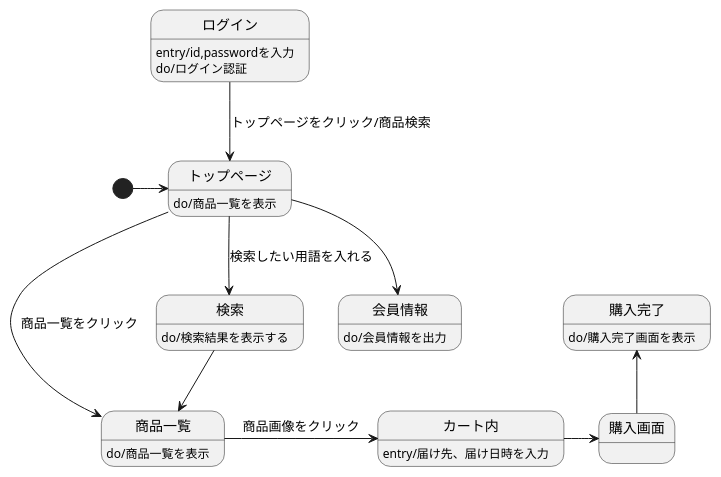
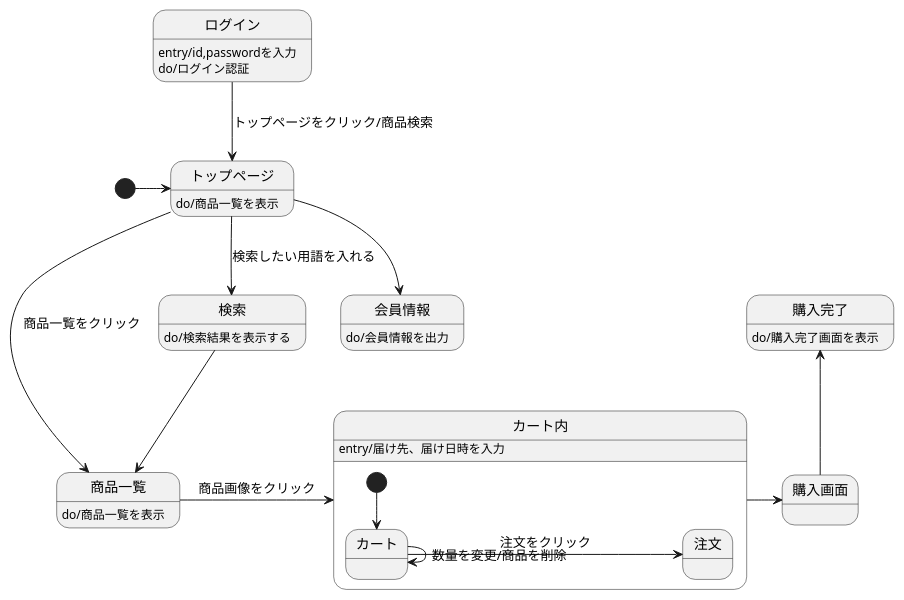
Before and after one commit to Aso2001224/2021sys-design: the diagram in 画面遷移図(original).md, drawn with PlantUML.

````diff
--- a/画面遷移図(original).md
+++ b/画面遷移図(original).md
@@ -1,21 +1,26 @@
 ```uml
 @startuml
 [*]->トップページ
 トップページ:do/商品一覧を表示
 ログイン-->トップページ:トップページをクリック/商品検索
 ログイン:entry/id,passwordを入力
 ログイン:do/ログイン認証
 トップページ-->会員情報
 会員情報:do/会員情報を出力
 トップページ-->検索 :検索したい用語を入れる
 検索:do/検索結果を表示する
 トップページ-->商品一覧 :商品一覧をクリック
 検索-->商品一覧
 商品一覧:do/商品一覧を表示
 商品一覧-right->カート内: 商品画像をクリック
 カート内-right-> 購入画面
 カート内:entry/届け先、届け日時を入力
 購入画面-up->購入完了
 購入完了:do/購入完了画面を表示
+
+state カート内{
+[*]--> カート
+カート-> 注文: 注文をクリック
+カート->カート: 数量を変更/商品を削除
 @enduml
 ```
````
